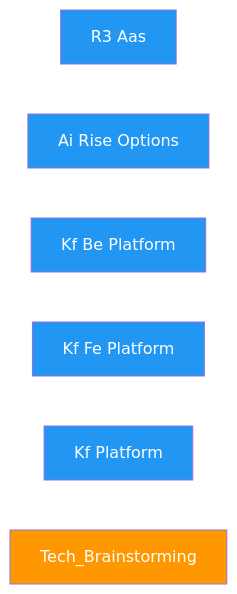
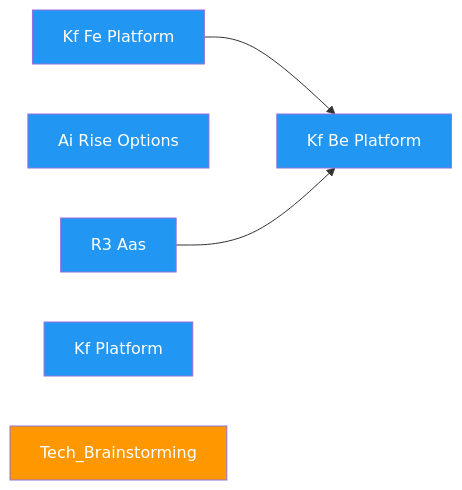
Before and after one commit to Katty-Fashion/kf-cpto: the diagram in docs/dependency-graph.md, drawn with Mermaid. The commit also changed other lines of this file and 15 other files, not shown here.

````diff
--- a/docs/dependency-graph.md
+++ b/docs/dependency-graph.md
@@ -10,13 +10,15 @@
 ```mermaid
 graph LR
     R3_AAS["R3 Aas"]:::eu
     ai_rise_options["Ai Rise Options"]:::eu
     kf_be_platform["Kf Be Platform"]:::eu
     kf_fe_platform["Kf Fe Platform"]:::eu
     kf_platform["Kf Platform"]:::eu
     tech_brainstorming["Tech_Brainstorming"]:::internal
+    kf_fe_platform --> kf_be_platform
+    R3_AAS --> kf_be_platform
 
     classDef saas fill:#4CAF50,color:#fff
     classDef eu fill:#2196F3,color:#fff
     classDef internal fill:#FF9800,color:#fff
 ```
````
